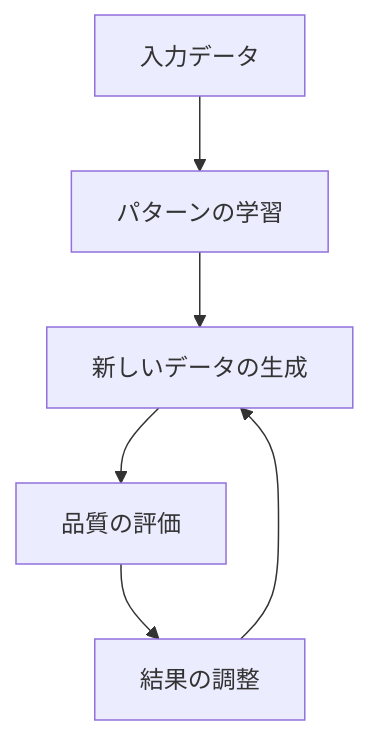
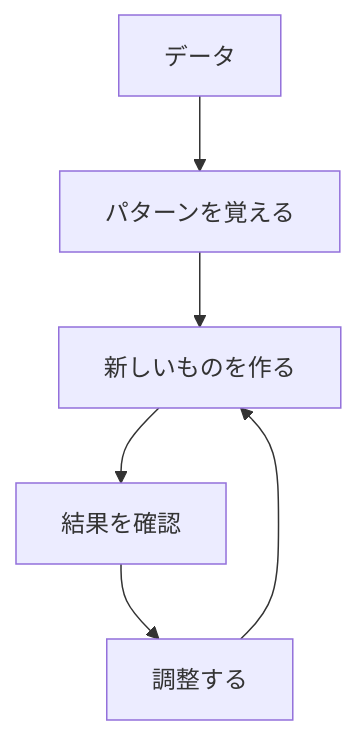
Before and after one commit to haruka-aibara/haruka-aibara: the diagram in docs/AI/100_入門_生成AIの基礎.md, drawn with Mermaid. The commit also changed other lines of this file and 34 other files, not shown here.

````diff
--- a/docs/AI/100_入門_生成AIの基礎.md
+++ b/docs/AI/100_入門_生成AIの基礎.md
@@ -39,8 +39,8 @@
 ```mermaid
 graph TD
-    A[入力データ] --> B[パターンの学習]
-    B --> C[新しいデータの生成]
-    C --> D[品質の評価]
-    D --> E[結果の調整]
+    A[データ] --> B[パターンを覚える]
+    B --> C[新しいものを作る]
+    C --> D[結果を確認]
+    D --> E[調整する]
     E --> C
 ```
````
